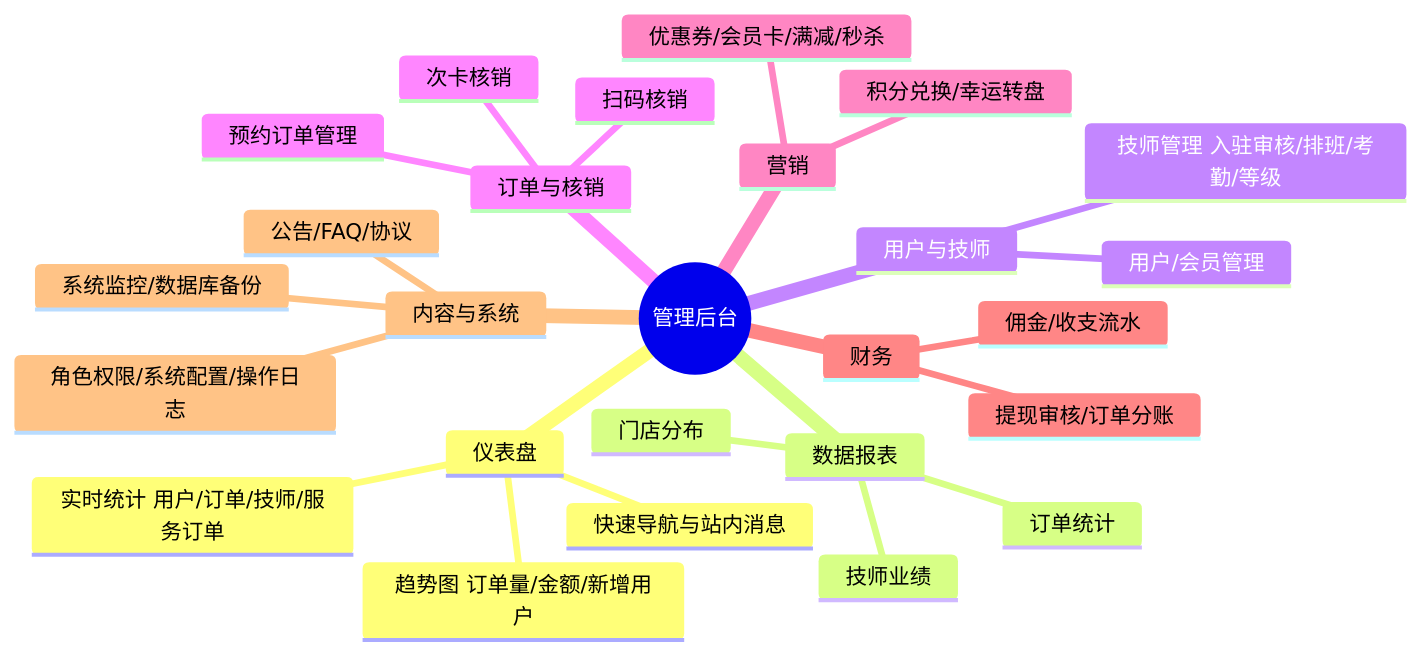
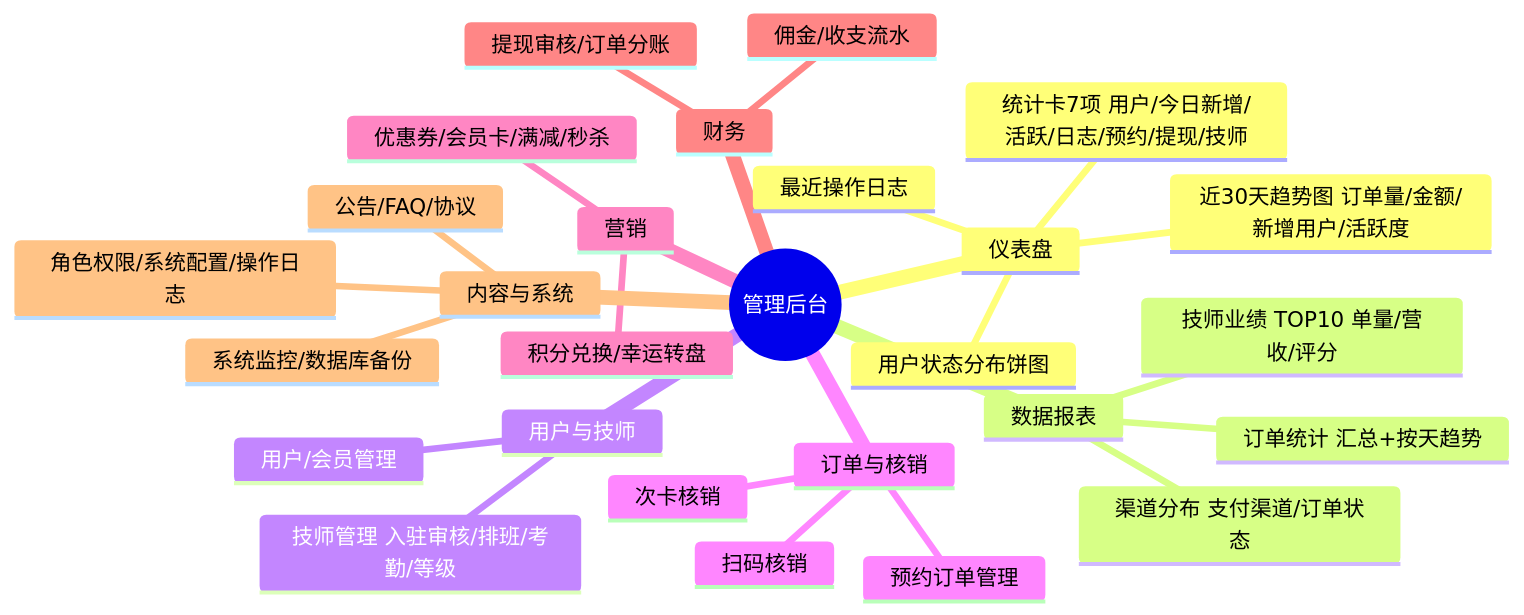
Before and after one commit to erikwang2013/appointment-php: the diagram in admin/apps/flutter/README.md, drawn with Mermaid. The commit also changed other lines of this file and 62 other files, not shown here.

````diff
--- a/admin/apps/flutter/README.md
+++ b/admin/apps/flutter/README.md
@@ -63,29 +63,30 @@
 ```mermaid
 mindmap
   root((管理后台))
     仪表盘
-      实时统计 用户/订单/技师/服务订单
-      趋势图 订单量/金额/新增用户
-      快速导航与站内消息
+      统计卡7项 用户/今日新增/活跃/日志/预约/提现/技师
+      近30天趋势图 订单量/金额/新增用户/活跃度
+      用户状态分布饼图
+      最近操作日志
     数据报表
-      订单统计
-      技师业绩
-      门店分布
+      订单统计 汇总+按天趋势
+      技师业绩 TOP10 单量/营收/评分
+      渠道分布 支付渠道/订单状态
     用户与技师
       用户/会员管理
       技师管理 入驻审核/排班/考勤/等级
     订单与核销
       预约订单管理
       扫码核销
       次卡核销
     营销
       优惠券/会员卡/满减/秒杀
       积分兑换/幸运转盘
     财务
       提现审核/订单分账
       佣金/收支流水
     内容与系统
       公告/FAQ/协议
       角色权限/系统配置/操作日志
       系统监控/数据库备份
 ```
````
